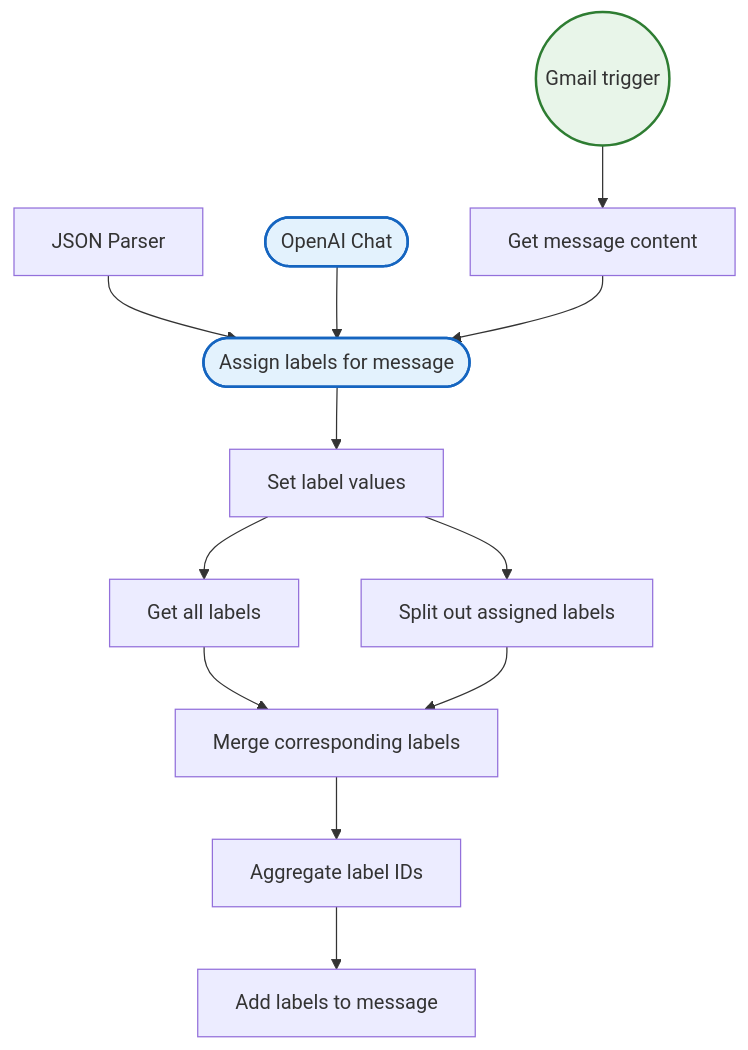
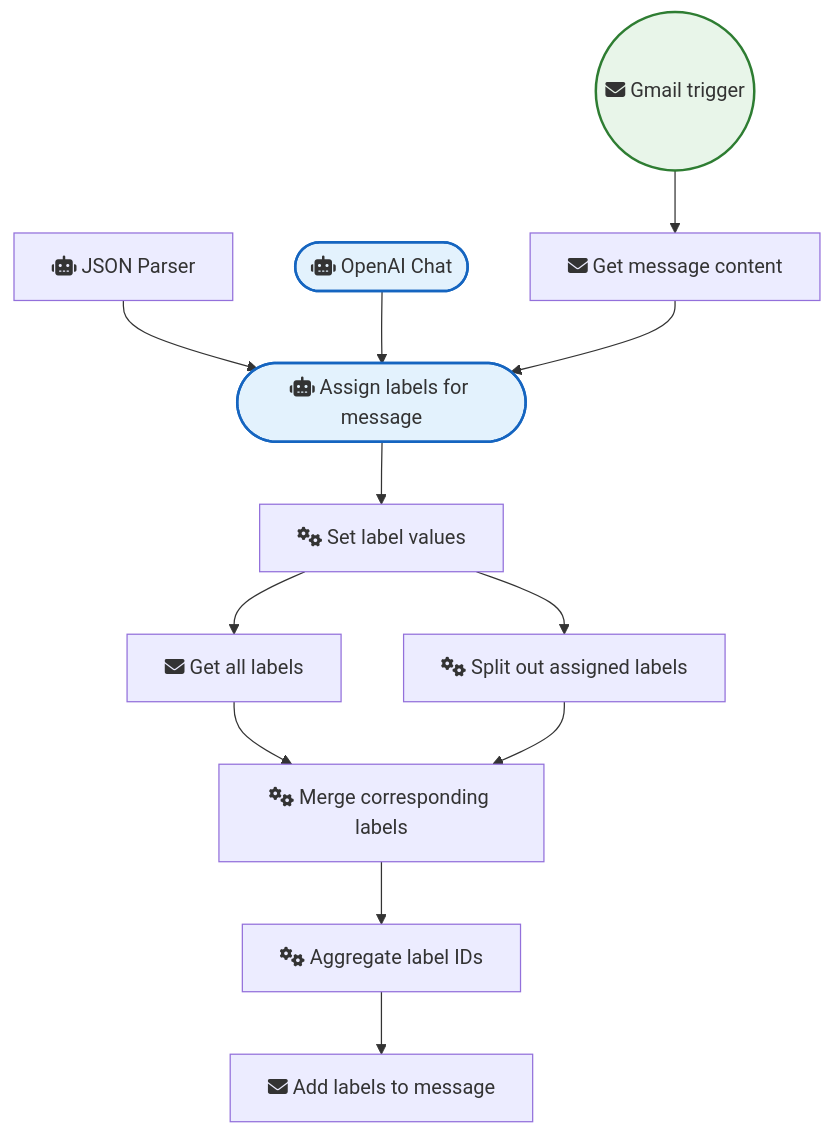
Before and after one commit to sreyash3105/N8N-DEMO-AUTOMATIONS: the diagram in Gmail_and_Email_Automation/Auto-label incoming Gmail messages with AI nodes.md, drawn with Mermaid. The commit also changed 291 other files, not shown here.

````diff
--- a/Gmail_and_Email_Automation/Auto-label incoming Gmail messages with AI nodes.md
+++ b/Gmail_and_Email_Automation/Auto-label incoming Gmail messages with AI nodes.md
@@ -1,30 +1,30 @@
 ```mermaid
 graph TD
     classDef trigger fill:#e8f5e9,stroke:#2e7d32,stroke-width:2px;
     classDef ai fill:#e3f2fd,stroke:#1565c0,stroke-width:2px;
     classDef logic fill:#fff3e0,stroke:#ef6c00,stroke-width:2px;
 
-    Gmail_trigger(("Gmail trigger")):::trigger
-    Get_message_content["Get message content"]
-    Set_label_values["Set label values"]
-    Get_all_labels["Get all labels"]
-    Split_out_assigned_labels["Split out assigned labels"]
-    Merge_corresponding_labels["Merge corresponding labels"]
-    Aggregate_label_IDs["Aggregate label IDs"]
-    Add_labels_to_message["Add labels to message"]
-    Assign_labels_for_message(["Assign labels for message"]):::ai
-    JSON_Parser["JSON Parser"]
-    OpenAI_Chat(["OpenAI Chat"]):::ai
+    Gmail_trigger(("fas:fa-envelope Gmail trigger")):::trigger
+    Get_message_content["fas:fa-envelope Get message content"]
+    Set_label_values["fas:fa-cogs Set label values"]
+    Get_all_labels["fas:fa-envelope Get all labels"]
+    Split_out_assigned_labels["fas:fa-cogs Split out assigned labels"]
+    Merge_corresponding_labels["fas:fa-cogs Merge corresponding labels"]
+    Aggregate_label_IDs["fas:fa-cogs Aggregate label IDs"]
+    Add_labels_to_message["fas:fa-envelope Add labels to message"]
+    Assign_labels_for_message(["fas:fa-robot Assign labels for message"]):::ai
+    JSON_Parser["fas:fa-robot JSON Parser"]
+    OpenAI_Chat(["fas:fa-robot OpenAI Chat"]):::ai
 
     JSON_Parser --> Assign_labels_for_message
     OpenAI_Chat --> Assign_labels_for_message
     Gmail_trigger --> Get_message_content
     Get_all_labels --> Merge_corresponding_labels
     Set_label_values --> Get_all_labels
     Set_label_values --> Split_out_assigned_labels
     Aggregate_label_IDs --> Add_labels_to_message
     Get_message_content --> Assign_labels_for_message
     Assign_labels_for_message --> Set_label_values
     Split_out_assigned_labels --> Merge_corresponding_labels
     Merge_corresponding_labels --> Aggregate_label_IDs
 ```
````
